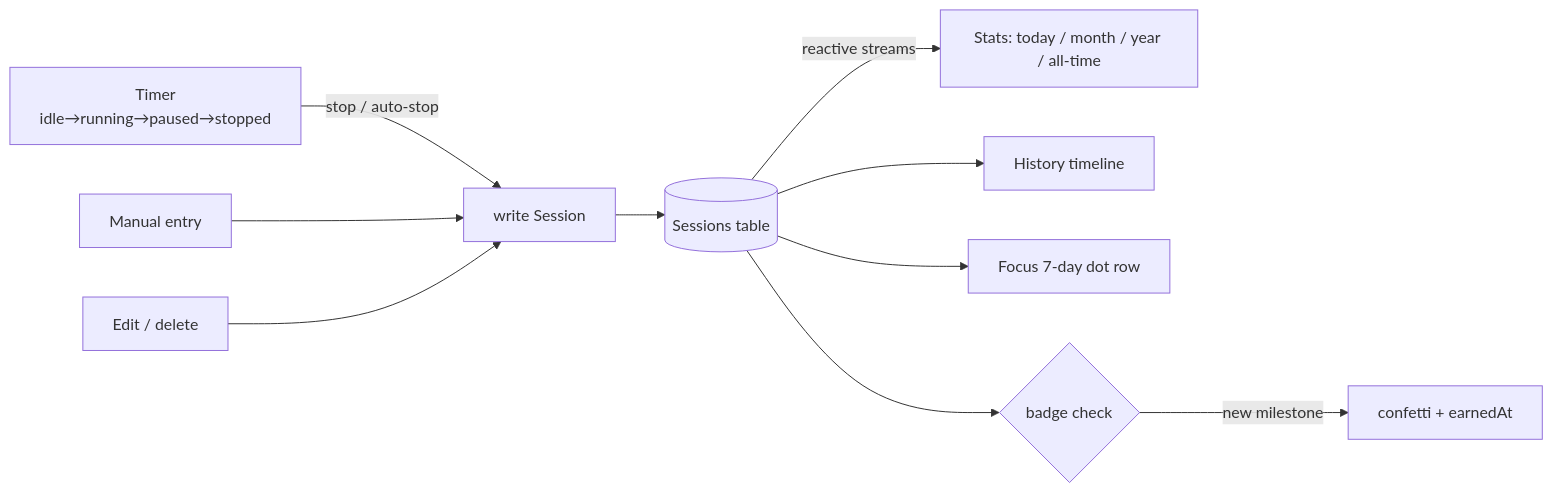
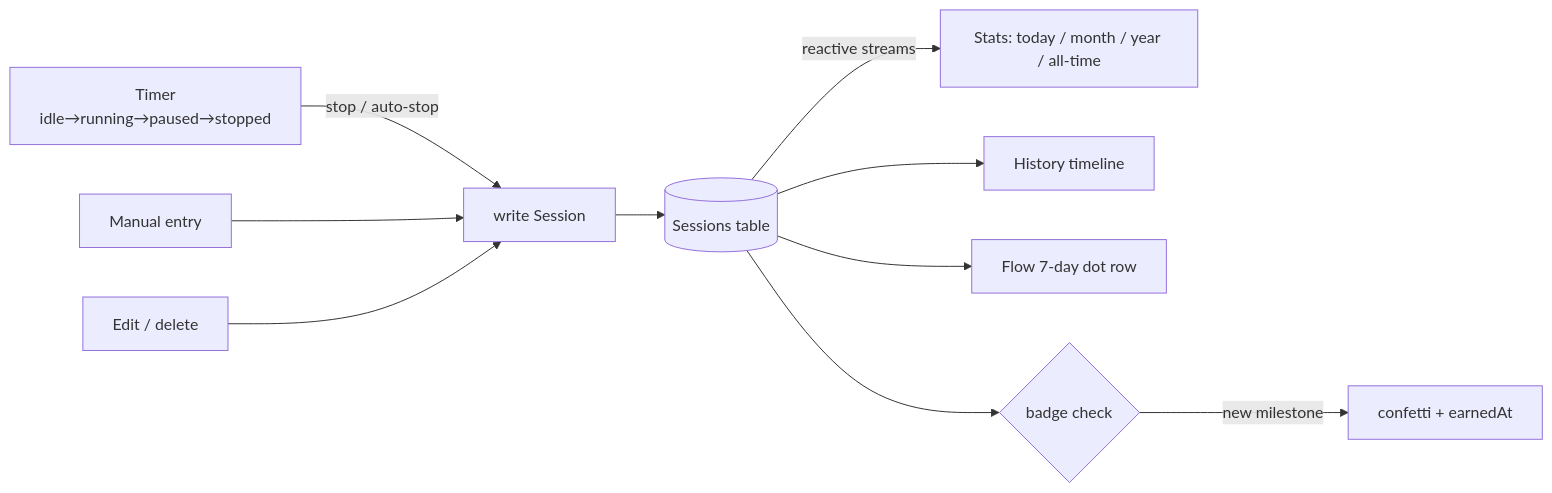
The second of 3 diagrams in docs/architecture/OVERVIEW.md (levitatingflyfisher/Sundial), drawn with Mermaid before and after one commit. The commit also changed other lines of this file and 45 other files, not shown here.

````diff
--- a/docs/architecture/OVERVIEW.md
+++ b/docs/architecture/OVERVIEW.md
@@ -66,12 +66,12 @@
 ```mermaid
 flowchart LR
     t[Timer<br/>idle→running→paused→stopped] -->|stop / auto-stop| save[write Session]
     manual[Manual entry] --> save
     edit[Edit / delete] --> save
     save --> sessions[(Sessions table)]
     sessions -->|reactive streams| stats[Stats: today / month / year / all-time]
     sessions --> hist[History timeline]
-    sessions --> dots[Focus 7-day dot row]
+    sessions --> dots[Flow 7-day dot row]
     sessions --> badges{badge check}
     badges -->|new milestone| confetti[confetti + earnedAt]
 ```
````
